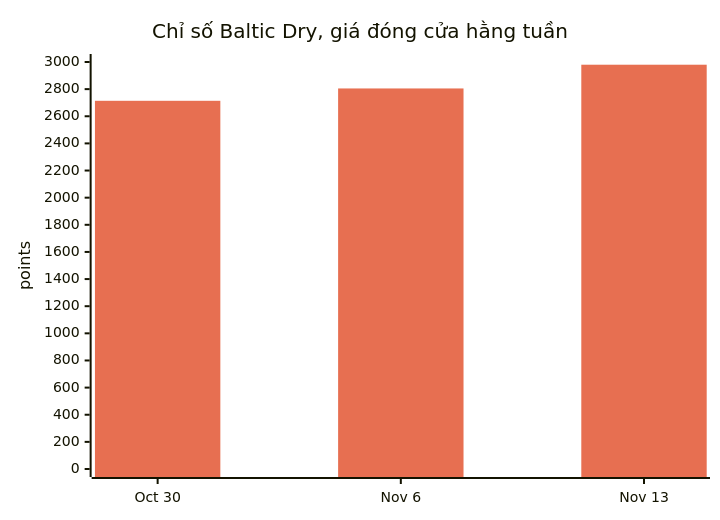
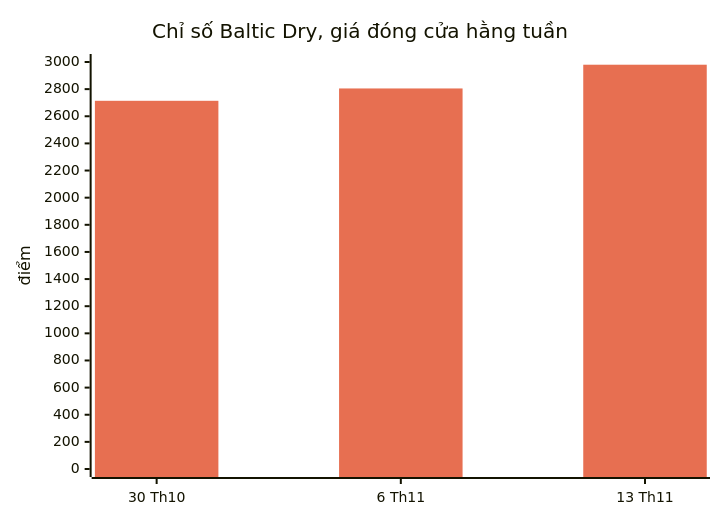
Before and after one commit to dureach/research: the ninth of 13 diagrams in Global-Trade-Intelligence-weekly-2026-11-16/index.vi.md, drawn with Mermaid. The commit also changed other lines of this file and 5 other files, not shown here.

````diff
--- a/Global-Trade-Intelligence-weekly-2026-11-16/index.vi.md
+++ b/Global-Trade-Intelligence-weekly-2026-11-16/index.vi.md
@@ -513,8 +513,8 @@
 ```mermaid
 %%{init: {'theme': 'base', 'themeVariables': {'xyChart': {'plotColorPalette': '#e76f51'}}}}%%
 xychart-beta
     title "Chỉ số Baltic Dry, giá đóng cửa hằng tuần"
-    x-axis ["Oct 30", "Nov 6", "Nov 13"]
-    y-axis "points" 0 --> 3000
+    x-axis ["30 Th10", "6 Th11", "13 Th11"]
+    y-axis "điểm" 0 --> 3000
     bar [2714, 2805, 2980]
 ```
````
